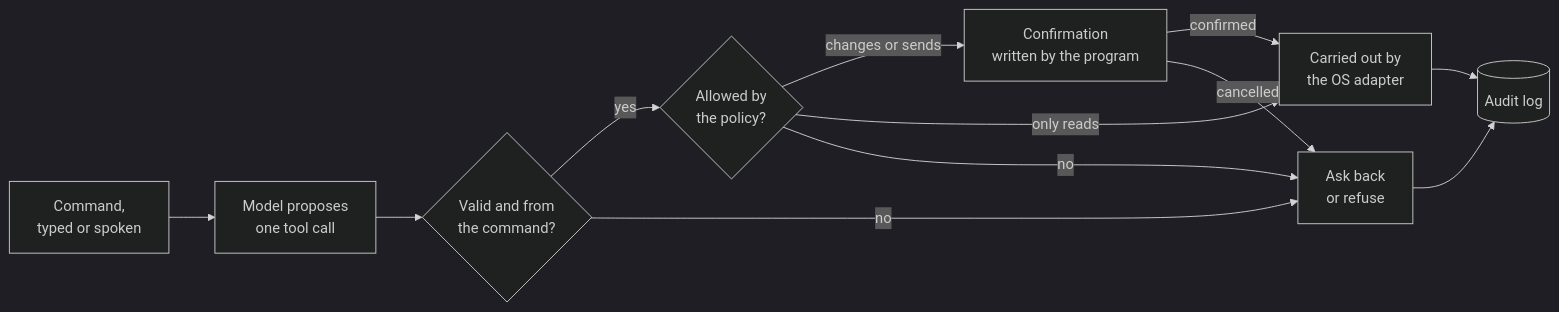
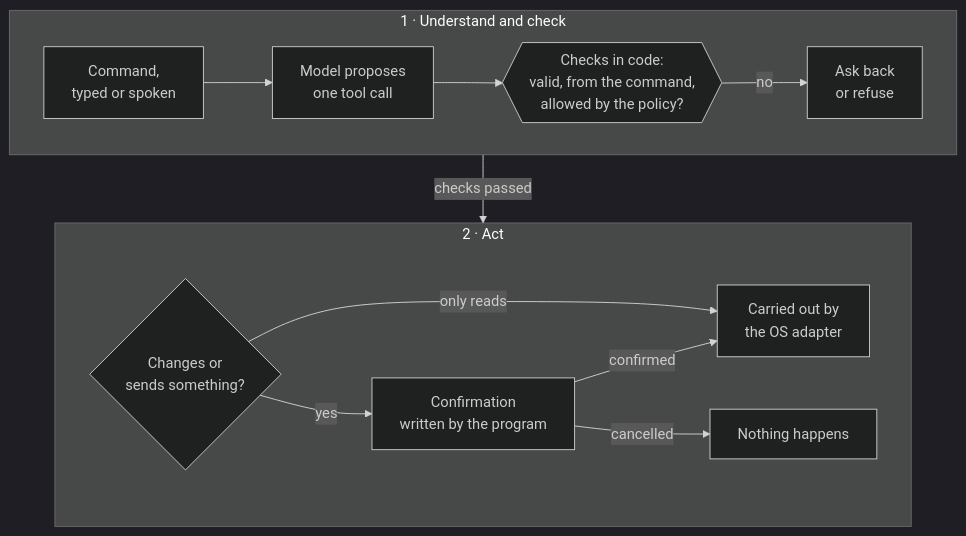
Before and after one commit to HeinzDanner/ki-werkstatt: the diagram in pc-agent/README.md, drawn with Mermaid (dark theme). The commit also changed 1 other file, not shown here.

Commit message:
Lay out both diagrams in two rows for readable text on GitHub

````diff
--- a/pc-agent/README.md
+++ b/pc-agent/README.md
@@ -37,14 +37,17 @@
 ```mermaid
-flowchart LR
-    CMD["Command,<br/>typed or spoken"] --> LLM["Model proposes<br/>one tool call"]
-    LLM --> V{"Valid and from<br/>the command?"}
-    V -->|yes| POL{"Allowed by<br/>the policy?"}
-    POL -->|changes or sends| CONF["Confirmation<br/>written by the program"]
-    POL -->|only reads| RUN["Carried out by<br/>the OS adapter"]
-    CONF -->|confirmed| RUN
-    V -->|no| BACK["Ask back<br/>or refuse"]
-    POL -->|no| BACK
-    CONF -->|cancelled| BACK
-    RUN --> LOG[("Audit log")]
-    BACK --> LOG
+flowchart TB
+    subgraph UNDERSTAND["1 · Understand and check"]
+        direction LR
+        CMD["Command,<br/>typed or spoken"] --> LLM["Model proposes<br/>one tool call"]
+        LLM --> CHECK{{"Checks in code:<br/>valid, from the command,<br/>allowed by the policy?"}}
+        CHECK -->|no| BACK["Ask back<br/>or refuse"]
+    end
+    subgraph ACT["2 · Act"]
+        direction LR
+        KIND{"Changes or<br/>sends something?"} -->|yes| CONF["Confirmation<br/>written by the program"]
+        KIND -->|only reads| RUN["Carried out by<br/>the OS adapter"]
+        CONF -->|confirmed| RUN
+        CONF -->|cancelled| STOP["Nothing happens"]
+    end
+    UNDERSTAND -->|checks passed| ACT
 ```
````
